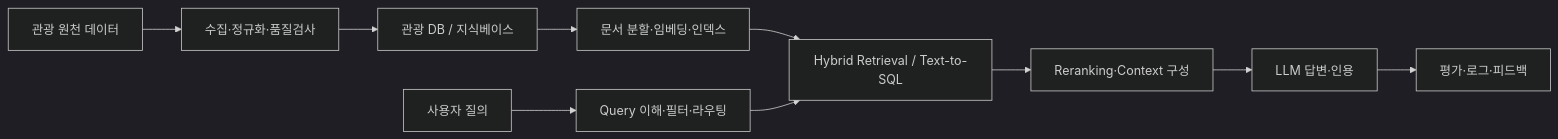
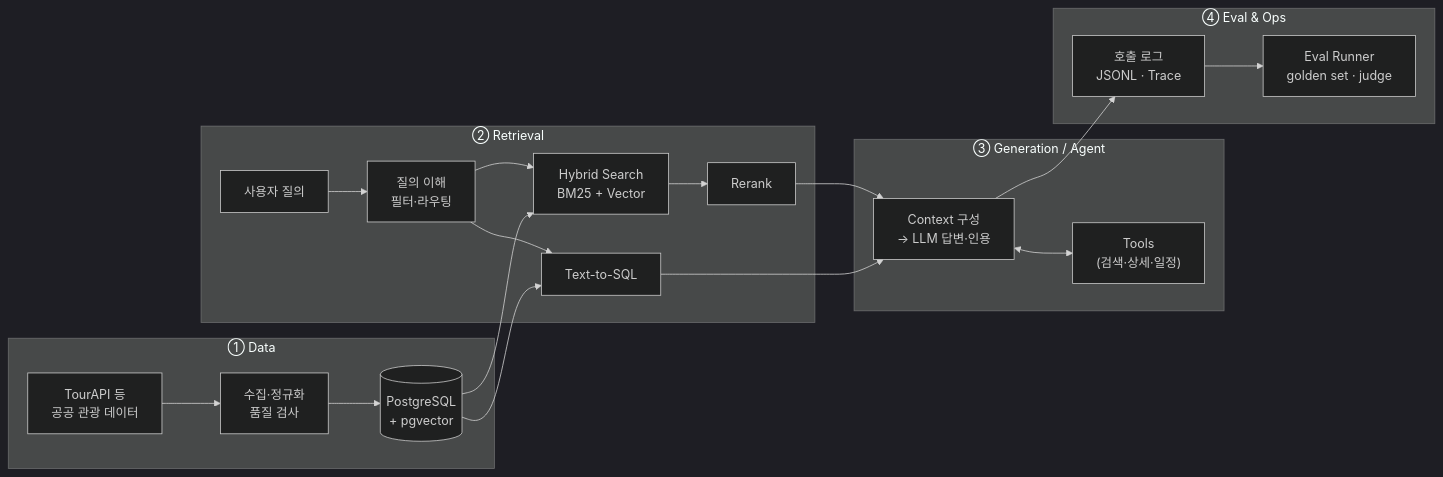
One commit to ssuyoi/travel-ai-lab changed the diagram in README.md. Above: the diagram before and after it, drawn with Mermaid (dark theme). The commit also changed other lines of this file, not shown here.

````diff
--- a/README.md
+++ b/README.md
@@ -48,12 +26,22 @@
 ```mermaid
 flowchart LR
-    A["관광 원천 데이터"] --> B["수집·정규화·품질검사"]
-    B --> C["관광 DB / 지식베이스"]
-    C --> D["문서 분할·임베딩·인덱스"]
-    Q["사용자 질의"] --> E["Query 이해·필터·라우팅"]
-    D --> F
-    E --> F["Hybrid Retrieval / Text-to-SQL"]
-    F --> G["Reranking·Context 구성"]
-    G --> H["LLM 답변·인용"]
-    H --> I["평가·로그·피드백"]
+    subgraph Data["① Data"]
+        A["TourAPI 등<br/>공공 관광 데이터"] --> B["수집·정규화<br/>품질 검사"] --> C[("PostgreSQL<br/>+ pgvector")]
+    end
+    subgraph Retrieval["② Retrieval"]
+        Q["사용자 질의"] --> R["질의 이해<br/>필터·라우팅"]
+        R --> S["Hybrid Search<br/>BM25 + Vector"] --> RR["Rerank"]
+        R --> SQL["Text-to-SQL"]
+    end
+    subgraph Generation["③ Generation / Agent"]
+        RR --> G["Context 구성<br/>→ LLM 답변·인용"]
+        SQL --> G
+        G <--> T["Tools<br/>(검색·상세·일정)"]
+    end
+    subgraph Eval["④ Eval & Ops"]
+        L["호출 로그<br/>JSONL · Trace"] --> E["Eval Runner<br/>golden set · judge"]
+    end
+    C --> S
+    C --> SQL
+    G --> L
 ```
````
